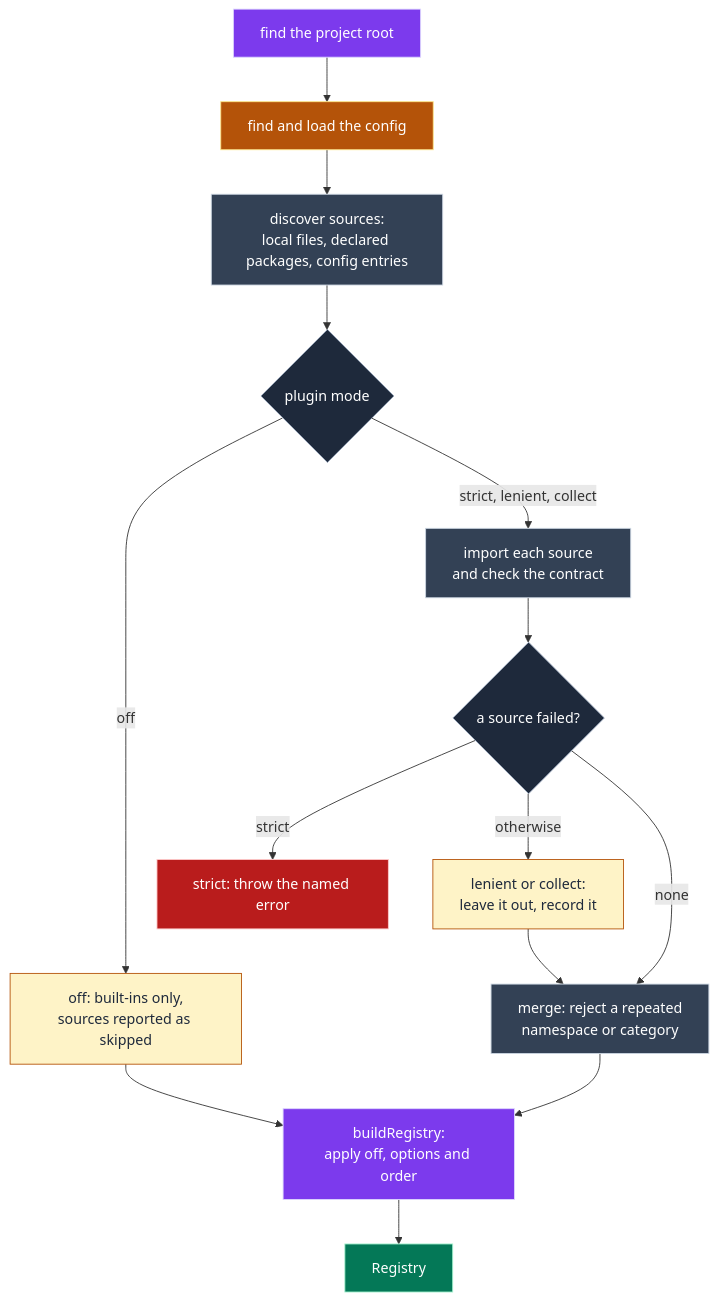
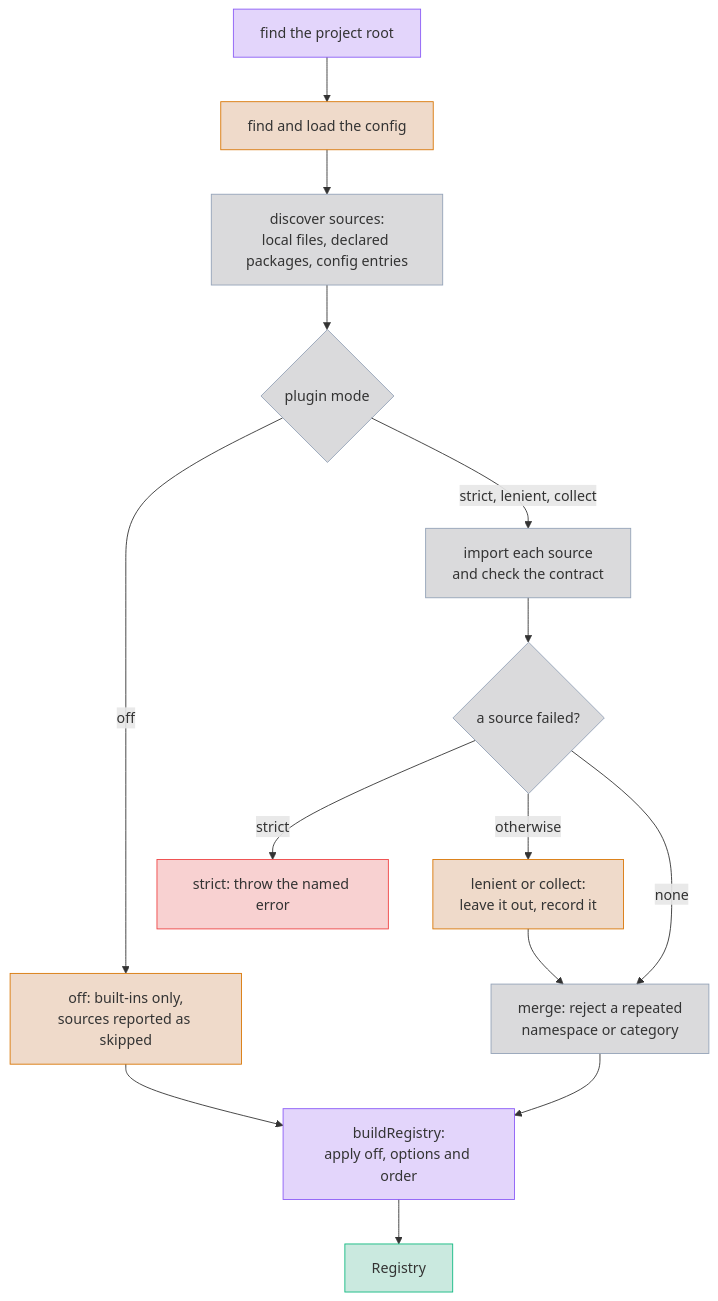
Diagram 19 of 19 in docs/DATA_MODEL.md (jpeakai/jpai-prose-gates), drawn with Mermaid before and after one commit. The commit also changed other lines of this file and 1 other file, not shown here.

First line of the commit message:
docs: recalibrate the Mermaid diagrams for Material with translucent fills

````diff
--- a/docs/DATA_MODEL.md
+++ b/docs/DATA_MODEL.md
@@ -630,31 +630,31 @@
 ```mermaid
 flowchart TB
     ROOT["find the project root"]:::build
     CFGF["find and load the config"]:::source
     DISC["discover sources:<br/>local files, declared packages, config entries"]:::ext
     MODE{"plugin mode"}:::decide
     OFF["off: built-ins only,<br/>sources reported as skipped"]:::out
     LOAD["import each source<br/>and check the contract"]:::ext
     FAIL{"a source failed?"}:::decide
     STRICT["strict: throw the named error"]:::bad
     SKIP["lenient or collect:<br/>leave it out, record it"]:::out
     MERGE["merge: reject a repeated<br/>namespace or category"]:::ext
     BUILD["buildRegistry:<br/>apply off, options and order"]:::build
     REG["Registry"]:::gate
 
     ROOT --> CFGF --> DISC --> MODE
     MODE -- "off" --> OFF --> BUILD
     MODE -- "strict, lenient, collect" --> LOAD --> FAIL
     FAIL -- "strict" --> STRICT
     FAIL -- "otherwise" --> SKIP --> MERGE
     FAIL -- "none" --> MERGE
     MERGE --> BUILD --> REG
 
-    classDef build  fill:#7c3aed,stroke:#ddd6fe,color:#ffffff
-    classDef source fill:#b45309,stroke:#fde68a,color:#ffffff
-    classDef ext    fill:#334155,stroke:#cbd5e1,color:#ffffff
-    classDef decide fill:#1e293b,stroke:#94a3b8,color:#ffffff
-    classDef bad    fill:#b91c1c,stroke:#fecaca,color:#ffffff
-    classDef out    fill:#fef3c7,stroke:#b45309,color:#1e293b
-    classDef gate   fill:#047857,stroke:#a7f3d0,color:#ffffff
+    classDef build  fill:#7c3aed36,stroke:#8b5cf6
+    classDef source fill:#b4530936,stroke:#d97706
+    classDef ext    fill:#52525b36,stroke:#94a3b8
+    classDef decide fill:#52525b36,stroke:#94a3b8
+    classDef bad    fill:#dc262636,stroke:#ef4444
+    classDef out    fill:#b4530936,stroke:#d97706
+    classDef gate   fill:#05966936,stroke:#10b981
 ```
````
